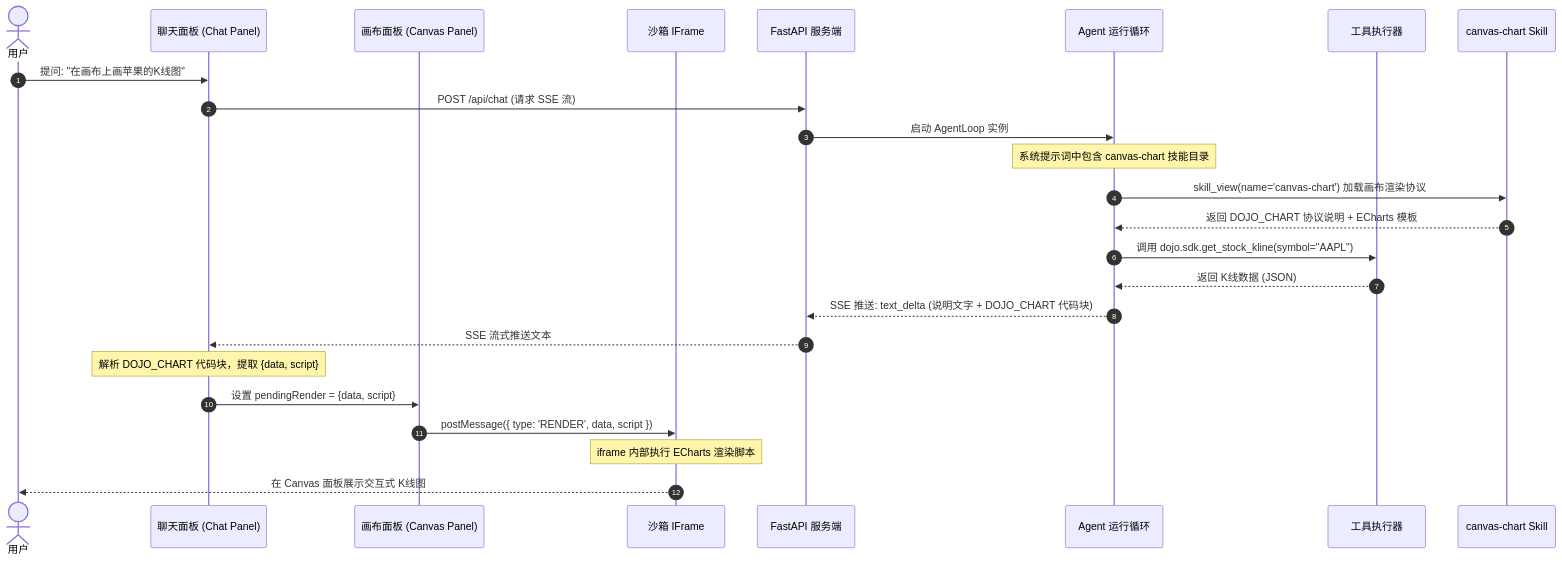
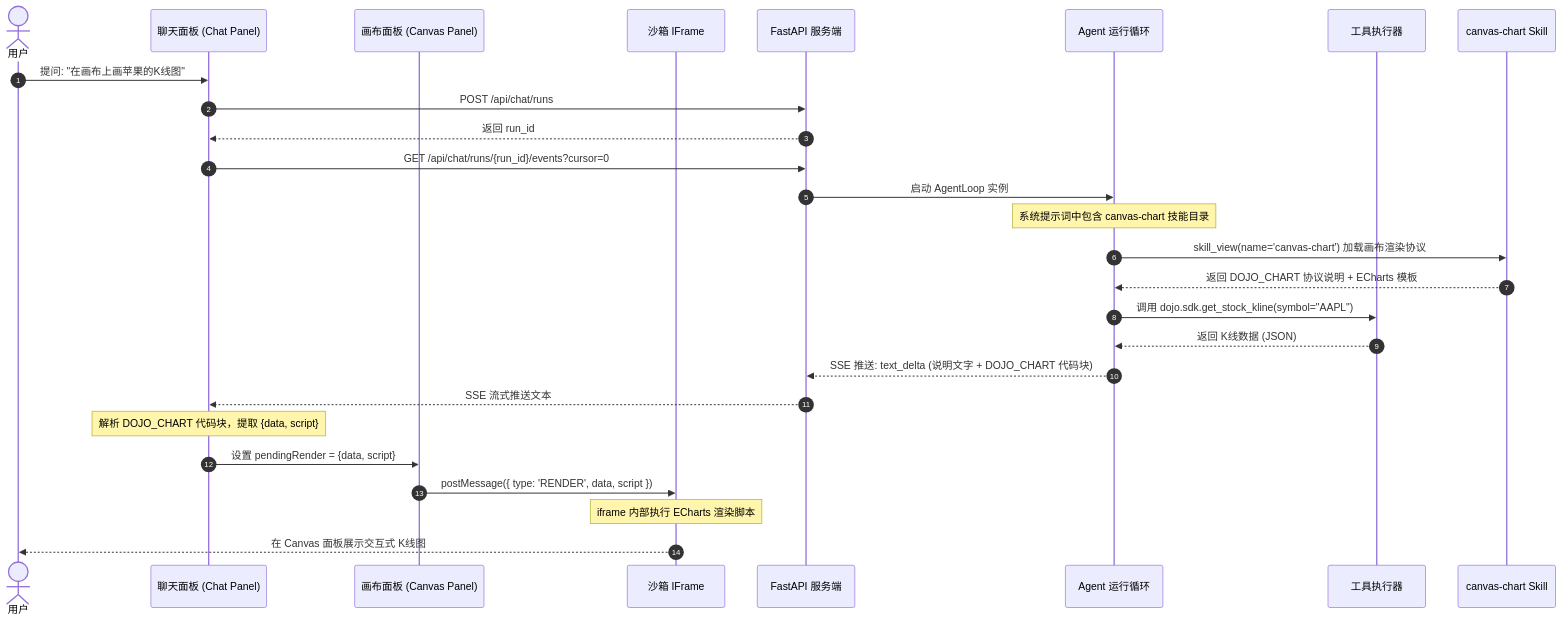
The first of 6 diagrams in docs/dashboard.md (Alpha-Dojo/DojoAgents), drawn with Mermaid before and after one commit. The commit also changed other lines of this file and 45 other files, not shown here.

````diff
--- a/docs/dashboard.md
+++ b/docs/dashboard.md
@@ -21,28 +22,30 @@
 ```mermaid
 sequenceDiagram
     autonumber
     actor User as 用户
     participant FE_Chat as 聊天面板 (Chat Panel)
     participant FE_Canvas as 画布面板 (Canvas Panel)
     participant FE_Iframe as 沙箱 IFrame
     participant BE as FastAPI 服务端
     participant Agent as Agent 运行循环
     participant Tools as 工具执行器
     participant Skill as canvas-chart Skill
 
     User->>FE_Chat: 提问: "在画布上画苹果的K线图"
-    FE_Chat->>BE: POST /api/chat (请求 SSE 流)
+    FE_Chat->>BE: POST /api/chat/runs
+    BE-->>FE_Chat: 返回 run_id
+    FE_Chat->>BE: GET /api/chat/runs/{run_id}/events?cursor=0
     BE->>Agent: 启动 AgentLoop 实例
     Note over Agent: 系统提示词中包含 canvas-chart 技能目录
     Agent->>Skill: skill_view(name='canvas-chart') 加载画布渲染协议
     Skill-->>Agent: 返回 DOJO_CHART 协议说明 + ECharts 模板
     Agent->>Tools: 调用 dojo.sdk.get_stock_kline(symbol="AAPL")
     Tools-->>Agent: 返回 K线数据 (JSON)
     Agent-->>BE: SSE 推送: text_delta (说明文字 + DOJO_CHART 代码块)
     BE-->>FE_Chat: SSE 流式推送文本
     Note over FE_Chat: 解析 DOJO_CHART 代码块，提取 {data, script}
     FE_Chat->>FE_Canvas: 设置 pendingRender = {data, script}
     FE_Canvas->>FE_Iframe: postMessage({ type: 'RENDER', data, script })
     Note over FE_Iframe: iframe 内部执行 ECharts 渲染脚本
     FE_Iframe-->>User: 在 Canvas 面板展示交互式 K线图
 ```
````
